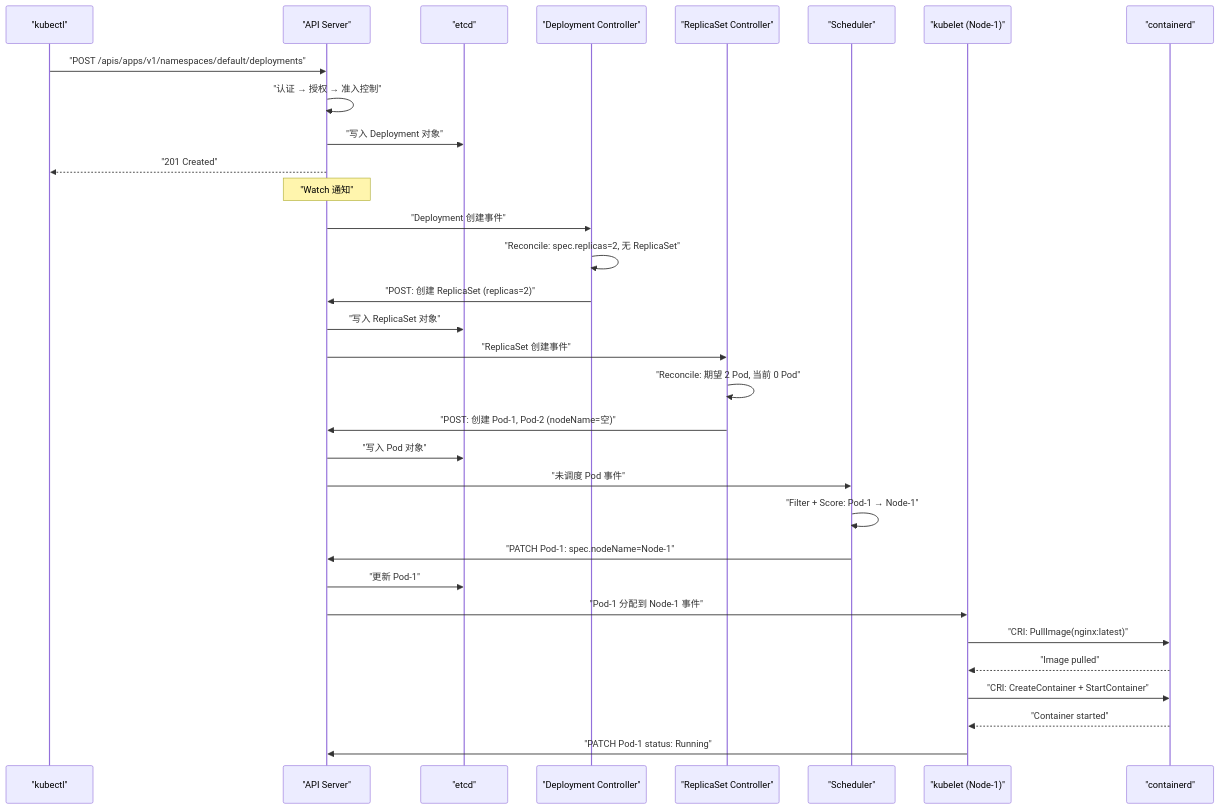
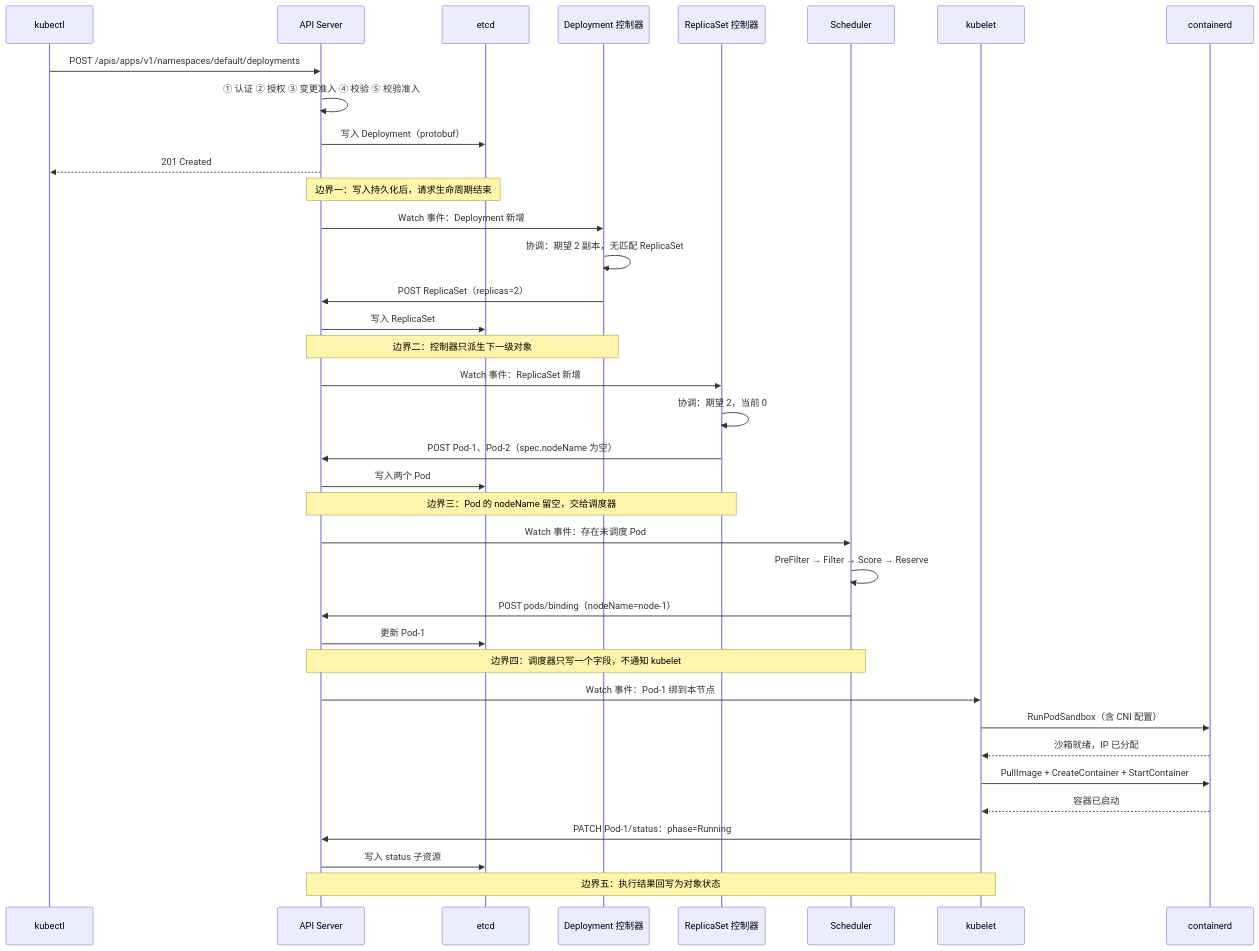
The fourth of 5 diagrams in content/云原生/Kubernetes/kubernetes架构原则和对象设计/02 Kubernetes 整体架构.md (hpliStartAgain/my-brain), drawn with Mermaid before and after one commit. The commit also changed other lines of this file and 24 other files, not shown here.

````diff
--- a/content/云原生/Kubernetes/kubernetes架构原则和对象设计/02 Kubernetes 整体架构.md
+++ b/content/云原生/Kubernetes/kubernetes架构原则和对象设计/02 Kubernetes 整体架构.md
@@ -340,40 +471,45 @@
 ```mermaid
 %%{init: {'theme': 'dracula'}}%%
 sequenceDiagram
-    participant User as "kubectl"
-    participant API as "API Server"
-    participant ETCD as "etcd"
-    participant DC as "Deployment Controller"
-    participant RSC as "ReplicaSet Controller"
-    participant Sched as "Scheduler"
-    participant KL as "kubelet (Node-1)"
-    participant CR as "containerd"
+    participant U as kubectl
+    participant A as API Server
+    participant E as etcd
+    participant DC as Deployment 控制器
+    participant RC as ReplicaSet 控制器
+    participant S as Scheduler
+    participant K as kubelet
+    participant C as containerd
 
-    User->>API: "POST /apis/apps/v1/namespaces/default/deployments"
-    API->>API: "认证 → 授权 → 准入控制"
-    API->>ETCD: "写入 Deployment 对象"
-    API-->>User: "201 Created"
-    
-    Note over API: "Watch 通知"
-    API->>DC: "Deployment 创建事件"
-    DC->>DC: "Reconcile: spec.replicas=2, 无 ReplicaSet"
-    DC->>API: "POST: 创建 ReplicaSet (replicas=2)"
-    API->>ETCD: "写入 ReplicaSet 对象"
-    
-    API->>RSC: "ReplicaSet 创建事件"
-    RSC->>RSC: "Reconcile: 期望 2 Pod, 当前 0 Pod"
-    RSC->>API: "POST: 创建 Pod-1, Pod-2 (nodeName=空)"
-    API->>ETCD: "写入 Pod 对象"
-    
-    API->>Sched: "未调度 Pod 事件"
-    Sched->>Sched: "Filter + Score: Pod-1 → Node-1"
-    Sched->>API: "PATCH Pod-1: spec.nodeName=Node-1"
-    API->>ETCD: "更新 Pod-1"
-    
-    API->>KL: "Pod-1 分配到 Node-1 事件"
-    KL->>CR: "CRI: PullImage(nginx:latest)"
-    CR-->>KL: "Image pulled"
-    KL->>CR: "CRI: CreateContainer + StartContainer"
-    CR-->>KL: "Container started"
-    KL->>API: "PATCH Pod-1 status: Running"
+    U->>A: POST /apis/apps/v1/namespaces/default/deployments
+    A->>A: ① 认证 ② 授权 ③ 变更准入 ④ 校验 ⑤ 校验准入
+    A->>E: 写入 Deployment（protobuf）
+    A-->>U: 201 Created
+    Note over A,E: 边界一：写入持久化后，请求生命周期结束
+
+    A->>DC: Watch 事件：Deployment 新增
+    DC->>DC: 协调：期望 2 副本，无匹配 ReplicaSet
+    DC->>A: POST ReplicaSet（replicas=2）
+    A->>E: 写入 ReplicaSet
+    Note over DC,A: 边界二：控制器只派生下一级对象
+
+    A->>RC: Watch 事件：ReplicaSet 新增
+    RC->>RC: 协调：期望 2，当前 0
+    RC->>A: POST Pod-1、Pod-2（spec.nodeName 为空）
+    A->>E: 写入两个 Pod
+    Note over RC,A: 边界三：Pod 的 nodeName 留空，交给调度器
+
+    A->>S: Watch 事件：存在未调度 Pod
+    S->>S: PreFilter → Filter → Score → Reserve
+    S->>A: POST pods/binding（nodeName=node-1）
+    A->>E: 更新 Pod-1
+    Note over S,A: 边界四：调度器只写一个字段，不通知 kubelet
+
+    A->>K: Watch 事件：Pod-1 绑到本节点
+    K->>C: RunPodSandbox（含 CNI 配置）
+    C-->>K: 沙箱就绪，IP 已分配
+    K->>C: PullImage + CreateContainer + StartContainer
+    C-->>K: 容器已启动
+    K->>A: PATCH Pod-1/status：phase=Running
+    A->>E: 写入 status 子资源
+    Note over K,A: 边界五：执行结果回写为对象状态
 ```
````
